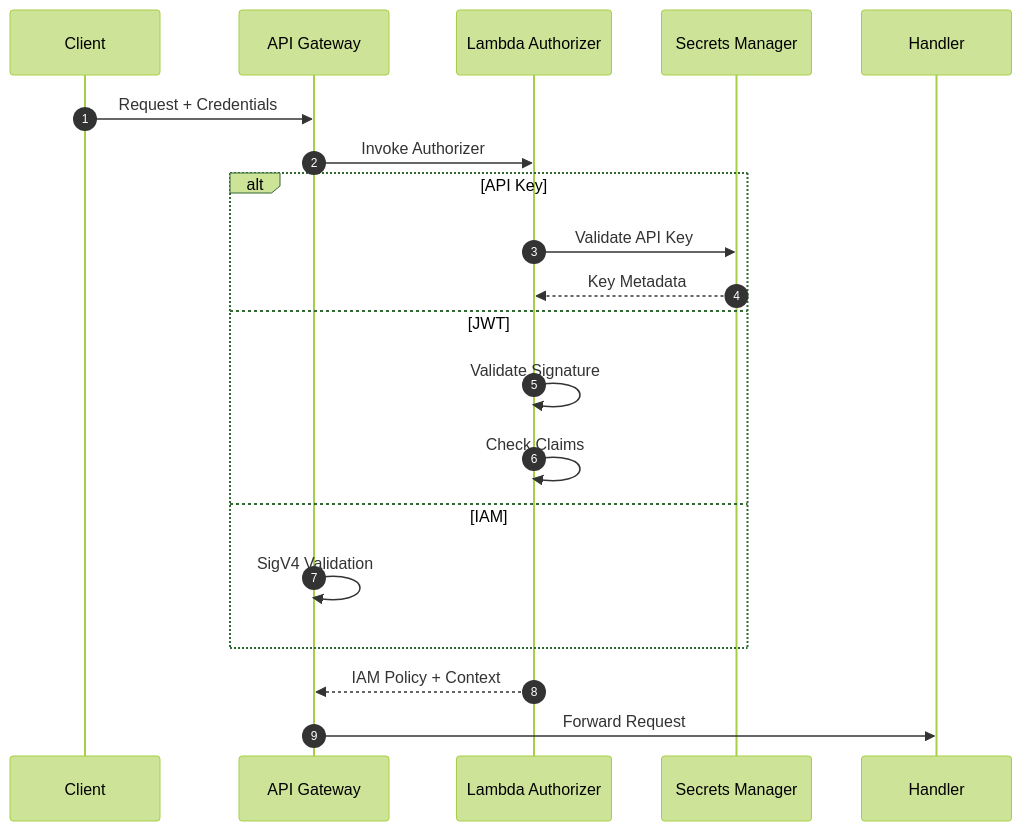
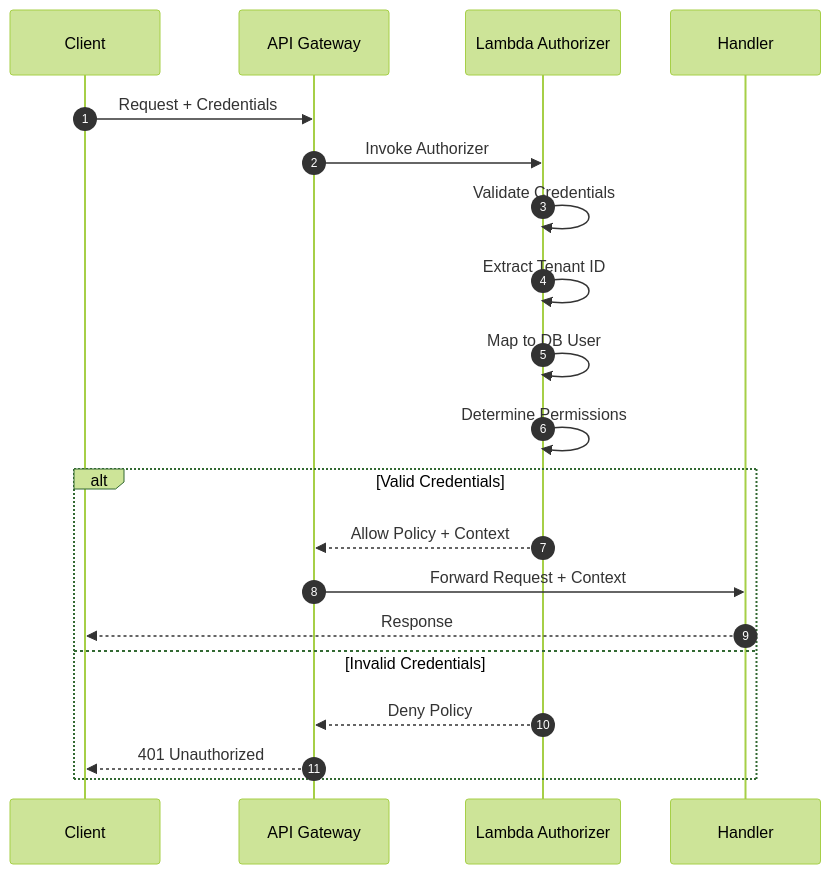
One commit to zhiweio/redshift-spectra changed the first of 7 diagrams in docs/security/authentication.md. Above: the diagram before and after it, drawn with Mermaid (forest theme). The commit also changed other lines of this file and 15 other files, not shown here.

````diff
--- a/docs/security/authentication.md
+++ b/docs/security/authentication.md
@@ -7,25 +12,25 @@
 ```mermaid
 sequenceDiagram
     autonumber
     participant C as Client
     participant AG as API Gateway
-    participant AUTH as Lambda Authorizer
-    participant SM as Secrets Manager
+    participant LA as Lambda Authorizer
     participant H as Handler
 
     C->>AG: Request + Credentials
-    AG->>AUTH: Invoke Authorizer
+    AG->>LA: Invoke Authorizer
     
-    alt API Key
-        AUTH->>SM: Validate API Key
-        SM-->>AUTH: Key Metadata
-    else JWT
-        AUTH->>AUTH: Validate Signature
-        AUTH->>AUTH: Check Claims
-    else IAM
-        AG->>AG: SigV4 Validation
+    LA->>LA: Validate Credentials
+    LA->>LA: Extract Tenant ID
+    LA->>LA: Map to DB User
+    LA->>LA: Determine Permissions
+    
+    alt Valid Credentials
+        LA-->>AG: Allow Policy + Context
+        AG->>H: Forward Request + Context
+        H-->>C: Response
+    else Invalid Credentials
+        LA-->>AG: Deny Policy
+        AG-->>C: 401 Unauthorized
     end
-    
-    AUTH-->>AG: IAM Policy + Context
-    AG->>H: Forward Request
 ```
````
